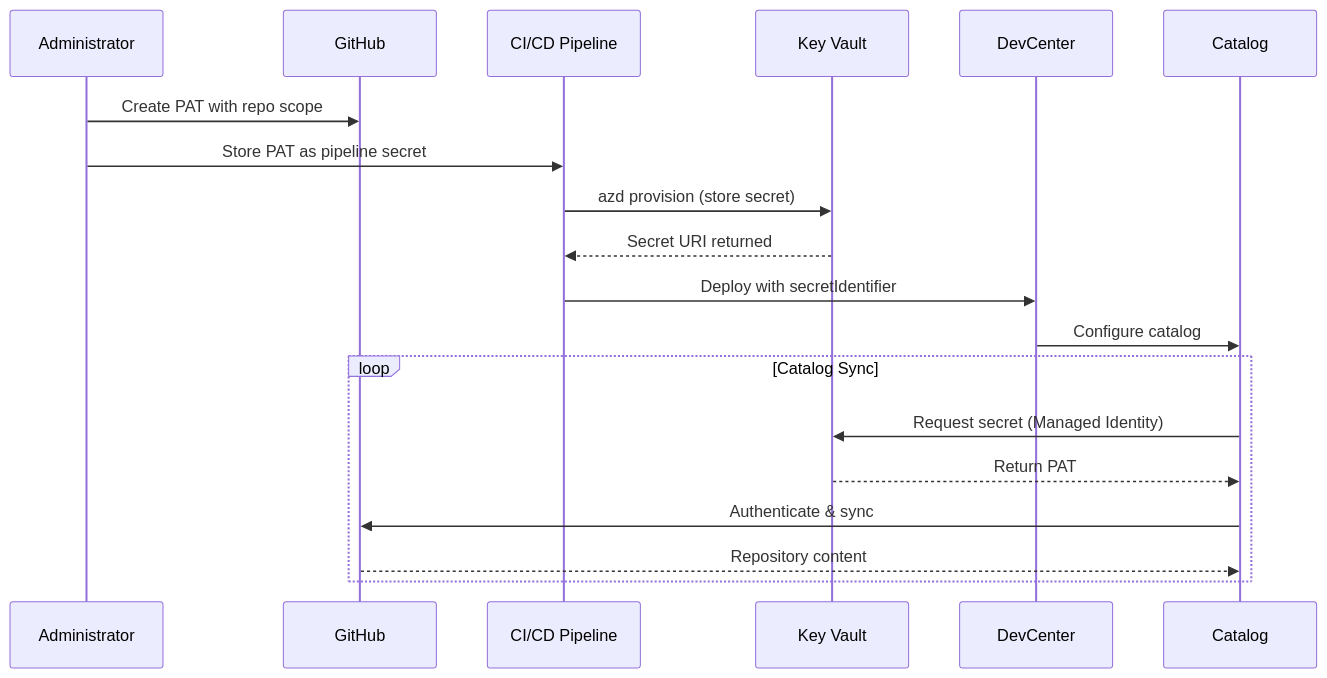
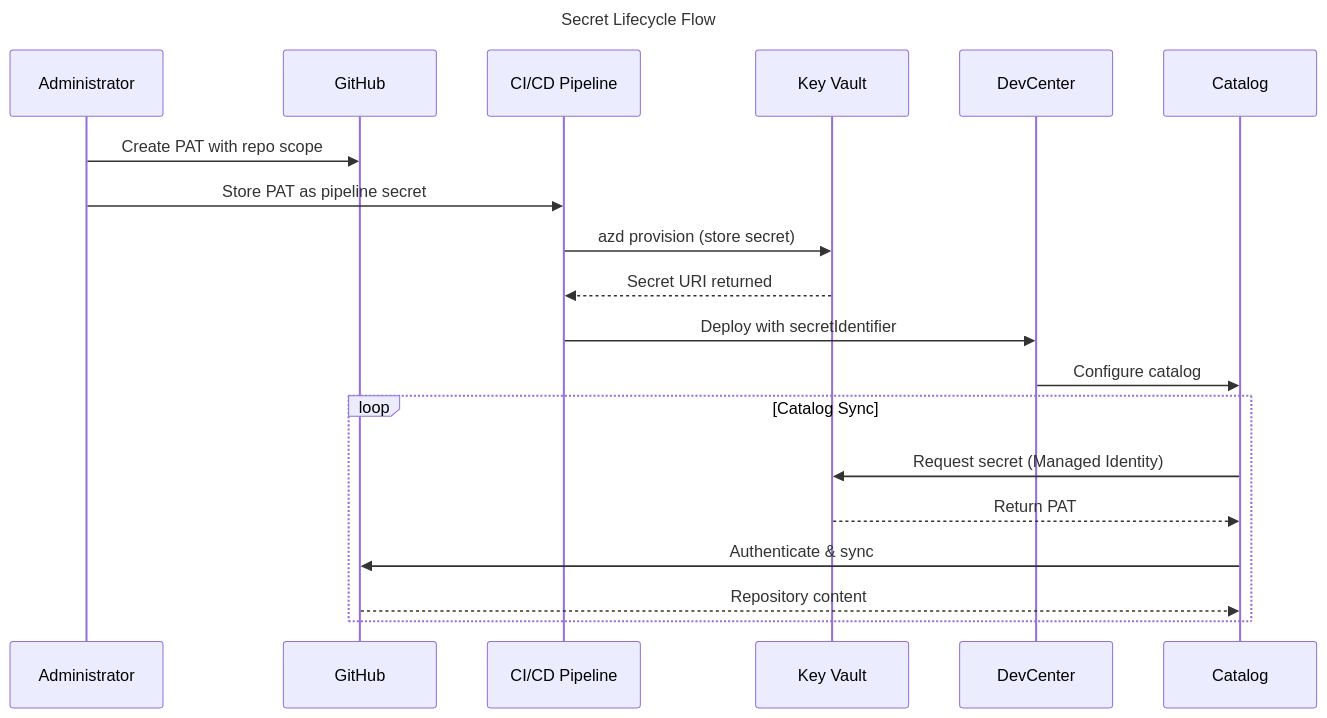
Before and after one commit to Evilazaro/DevExp-DevBox: the fourth of 8 diagrams in docs/architecture/02-data-architecture.md, drawn with Mermaid. The commit also changed other lines of this file, not shown here.

Commit message:
Add Data Entity Relationship and Key Vault Security Architecture diagrams to enhance clarity and navigation in Data Architecture documentation.

````diff
--- a/docs/architecture/02-data-architecture.md
+++ b/docs/architecture/02-data-architecture.md
@@ -382,23 +405,26 @@
 ```mermaid
+---
+title: Secret Lifecycle Flow
+---
 sequenceDiagram
     participant Admin as Administrator
     participant GH as GitHub
     participant CICD as CI/CD Pipeline
     participant KV as Key Vault
     participant DC as DevCenter
     participant Cat as Catalog
     
     Admin->>GH: Create PAT with repo scope
     Admin->>CICD: Store PAT as pipeline secret
     CICD->>KV: azd provision (store secret)
     KV-->>CICD: Secret URI returned
     CICD->>DC: Deploy with secretIdentifier
     DC->>Cat: Configure catalog
     
     loop Catalog Sync
         Cat->>KV: Request secret (Managed Identity)
         KV-->>Cat: Return PAT
         Cat->>GH: Authenticate & sync
         GH-->>Cat: Repository content
     end
 ```
````
